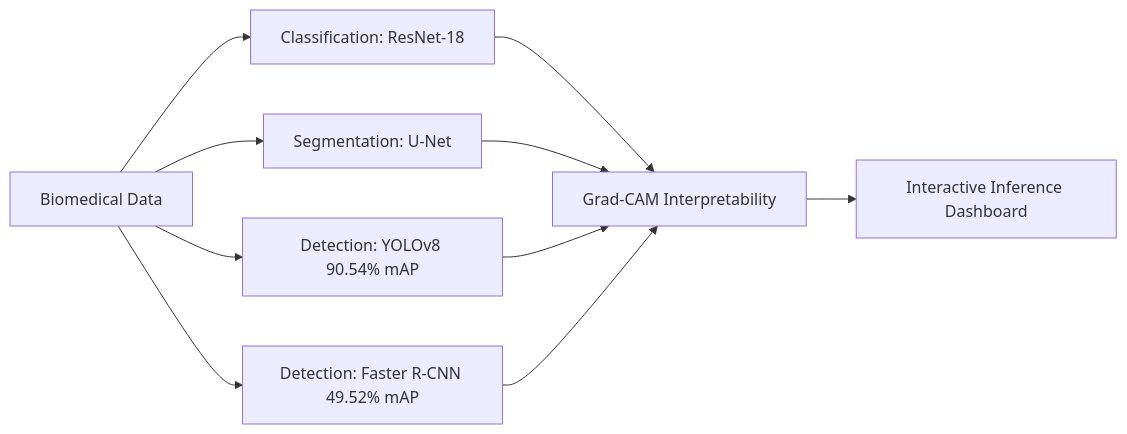
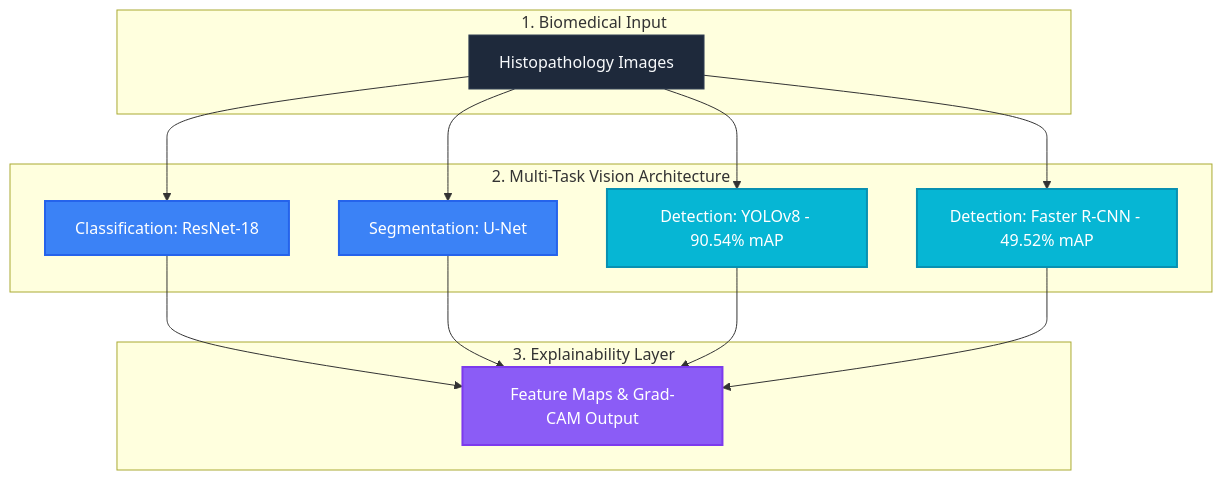
One commit to Basharameez/my-portfolio changed the fourth of 6 diagrams in README.md. Above: the diagram before and after it, drawn with Mermaid. The commit also changed other lines of this file, not shown here.

````diff
--- a/README.md
+++ b/README.md
@@ -228,9 +280,31 @@
 ```mermaid
-flowchart LR
-    A[Biomedical Data] --> B[Classification: ResNet-18]
-    A --> C[Segmentation: U-Net]
-    A --> D[Detection: YOLOv8 90.54% mAP]
-    A --> E[Detection: Faster R-CNN 49.52% mAP]
-    B & C & D & E --> F[Grad-CAM Interpretability]
-    F --> G[Interactive Inference Dashboard]
+flowchart TD
+    classDef blue fill:#3B82F6,stroke:#2563EB,color:#FFFFFF,stroke-width:2px;
+    classDef cyan fill:#06B6D4,stroke:#0891B2,color:#FFFFFF,stroke-width:2px;
+    classDef violet fill:#8B5CF6,stroke:#7C3AED,color:#FFFFFF,stroke-width:2px;
+    classDef dark fill:#1E293B,stroke:#334155,color:#F8FAFC,stroke-width:1px;
+
+    subgraph DataInput ["1. Biomedical Input"]
+        A[Histopathology Images]:::dark
+    end
+
+    subgraph VisionPipelines ["2. Multi-Task Vision Architecture"]
+        B[Classification: ResNet-18]:::blue
+        C[Segmentation: U-Net]:::blue
+        D[Detection: YOLOv8 - 90.54% mAP]:::cyan
+        E[Detection: Faster R-CNN - 49.52% mAP]:::cyan
+    end
+
+    subgraph Interpretability ["3. Explainability Layer"]
+        F[Feature Maps & Grad-CAM Output]:::violet
+    end
+
+    A --> B
+    A --> C
+    A --> D
+    A --> E
+    B --> F
+    C --> F
+    D --> F
+    E --> F
 ```
````
